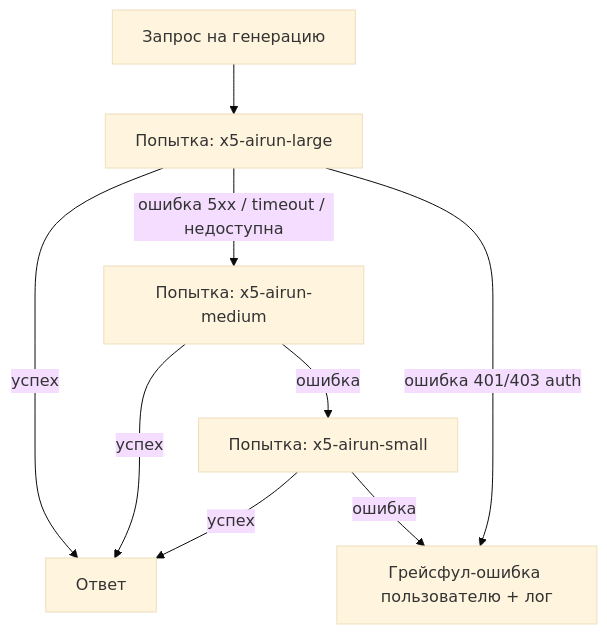
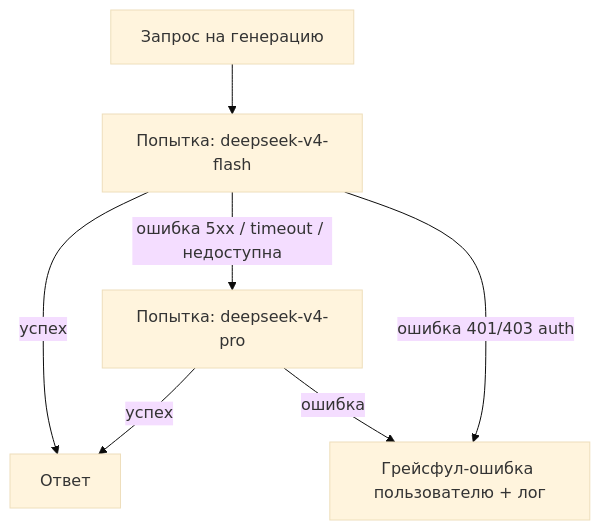
One commit to kemberl1/psynote changed the third of 3 diagrams in docs/03_rag_design.md. Above: the diagram before and after it, drawn with Mermaid (base theme). The commit also changed other lines of this file and 27 other files, not shown here.

````diff
--- a/docs/03_rag_design.md
+++ b/docs/03_rag_design.md
@@ -227,11 +225,9 @@
 ```mermaid
 flowchart TB
-    Start[Запрос на генерацию] --> P[Попытка: x5-airun-large]
+    Start[Запрос на генерацию] --> P[Попытка: deepseek-v4-flash]
     P -->|успех| OK[Ответ]
-    P -->|ошибка 5xx / timeout / недоступна| M[Попытка: x5-airun-medium]
+    P -->|ошибка 5xx / timeout / недоступна| M[Попытка: deepseek-v4-pro]
     M -->|успех| OK
-    M -->|ошибка| S[Попытка: x5-airun-small]
-    S -->|успех| OK
-    S -->|ошибка| ERR[Грейсфул-ошибка пользователю + лог]
+    M -->|ошибка| ERR[Грейсфул-ошибка пользователю + лог]
     P -->|ошибка 401/403 auth| ERR
 ```
````
